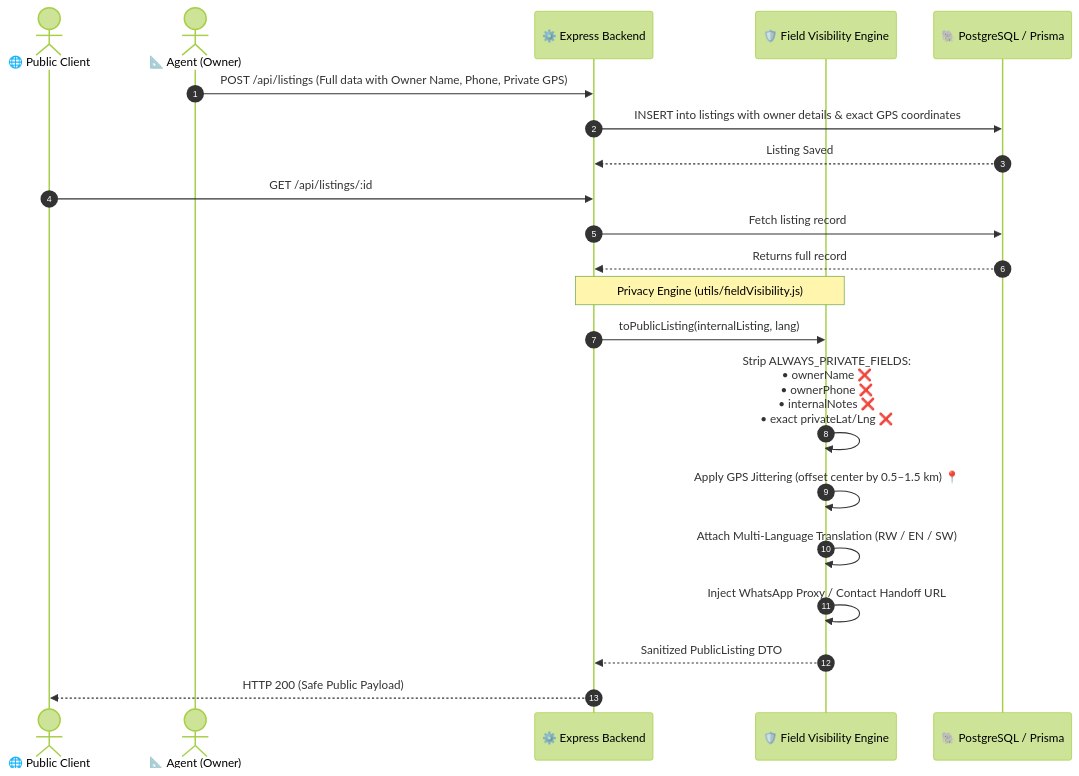
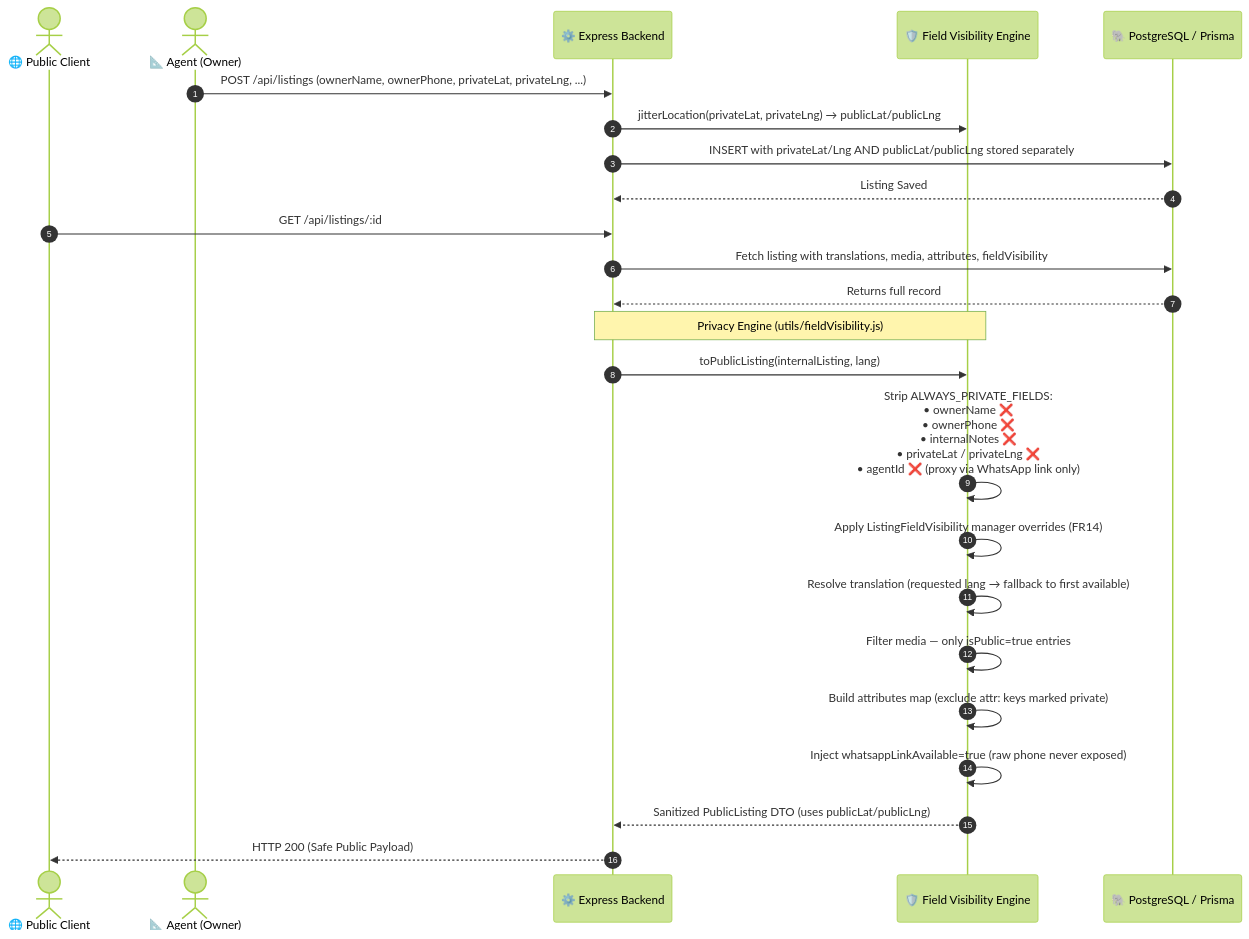
One commit to theophiledev/DUHUZA-GIS changed the fifth of 9 diagrams in docs/architecture_workflow_dataflow.md. Above: the diagram before and after it, drawn with Mermaid (forest theme). The commit also changed other lines of this file and 43 other files, not shown here.

````diff
--- a/docs/architecture_workflow_dataflow.md
+++ b/docs/architecture_workflow_dataflow.md
@@ -120,32 +181,35 @@
 ```mermaid
 sequenceDiagram
     autonumber
     actor PublicClient as 🌐 Public Client
     actor Agent as 📐 Agent (Owner)
     participant API as ⚙️ Express Backend
     participant VisEngine as 🛡️ Field Visibility Engine
     participant DB as 🐘 PostgreSQL / Prisma
 
     %% Agent Insertion
-    Agent->>API: POST /api/listings (Full data with Owner Name, Phone, Private GPS)
-    API->>DB: INSERT into listings with owner details & exact GPS coordinates
+    Agent->>API: POST /api/listings (ownerName, ownerPhone, privateLat, privateLng, ...)
+    API->>VisEngine: jitterLocation(privateLat, privateLng) → publicLat/publicLng
+    API->>DB: INSERT with privateLat/Lng AND publicLat/publicLng stored separately
     DB-->>API: Listing Saved
 
     %% Public Query
     PublicClient->>API: GET /api/listings/:id
-    API->>DB: Fetch listing record
+    API->>DB: Fetch listing with translations, media, attributes, fieldVisibility
     DB-->>API: Returns full record
 
     %% Sanitization Process
     Note over API,VisEngine: Privacy Engine (utils/fieldVisibility.js)
     API->>VisEngine: toPublicListing(internalListing, lang)
-    
-    VisEngine->>VisEngine: Strip ALWAYS_PRIVATE_FIELDS:<br/>• ownerName ❌<br/>• ownerPhone ❌<br/>• internalNotes ❌<br/>• exact privateLat/Lng ❌
-    
-    VisEngine->>VisEngine: Apply GPS Jittering (offset center by 0.5–1.5 km) 📍
-    VisEngine->>VisEngine: Attach Multi-Language Translation (RW / EN / SW)
-    VisEngine->>VisEngine: Inject WhatsApp Proxy / Contact Handoff URL
-    
-    VisEngine-->>API: Sanitized PublicListing DTO
+
+    VisEngine->>VisEngine: Strip ALWAYS_PRIVATE_FIELDS:<br/>• ownerName ❌<br/>• ownerPhone ❌<br/>• internalNotes ❌<br/>• privateLat / privateLng ❌<br/>• agentId ❌ (proxy via WhatsApp link only)
+
+    VisEngine->>VisEngine: Apply ListingFieldVisibility manager overrides (FR14)
+    VisEngine->>VisEngine: Resolve translation (requested lang → fallback to first available)
+    VisEngine->>VisEngine: Filter media — only isPublic=true entries
+    VisEngine->>VisEngine: Build attributes map (exclude attr: keys marked private)
+    VisEngine->>VisEngine: Inject whatsappLinkAvailable=true (raw phone never exposed)
+
+    VisEngine-->>API: Sanitized PublicListing DTO (uses publicLat/publicLng)
     API-->>PublicClient: HTTP 200 (Safe Public Payload)
 ```
````
